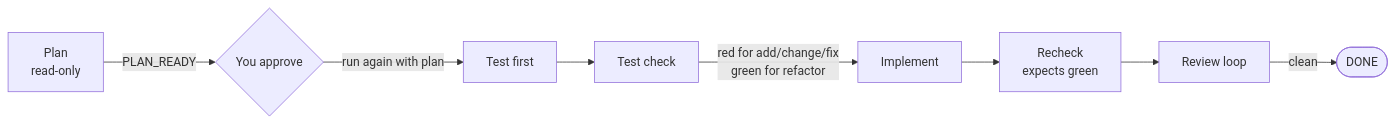
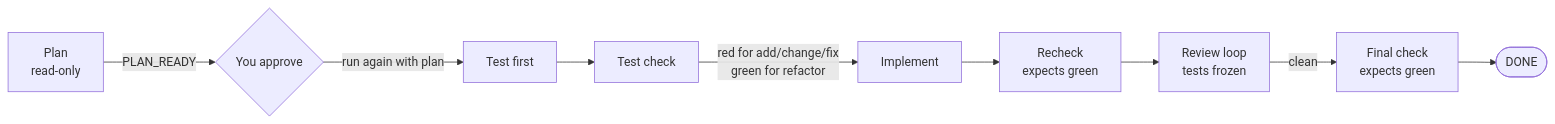
Before and after one commit to vasilyu1983/AI-Agents-public: the second of 2 diagrams in docs/workflows.md, drawn with Mermaid. The commit also changed other lines of this file and 455 other files, not shown here.

````diff
--- a/docs/workflows.md
+++ b/docs/workflows.md
@@ -215,10 +215,11 @@
 ```mermaid
 flowchart LR
   P[Plan<br/>read-only] -->|PLAN_READY| U{You approve}
   U -->|"run again with plan"| TF[Test first]
   TF --> TC[Test check]
   TC -->|"red for add/change/fix<br/>green for refactor"| I[Implement]
   I --> RC[Recheck<br/>expects green]
-  RC --> RV[Review loop]
-  RV -->|clean| DONE([DONE])
+  RC --> RV[Review loop<br/>tests frozen]
+  RV -->|clean| FC[Final check<br/>expects green]
+  FC --> DONE([DONE])
 ```
````
